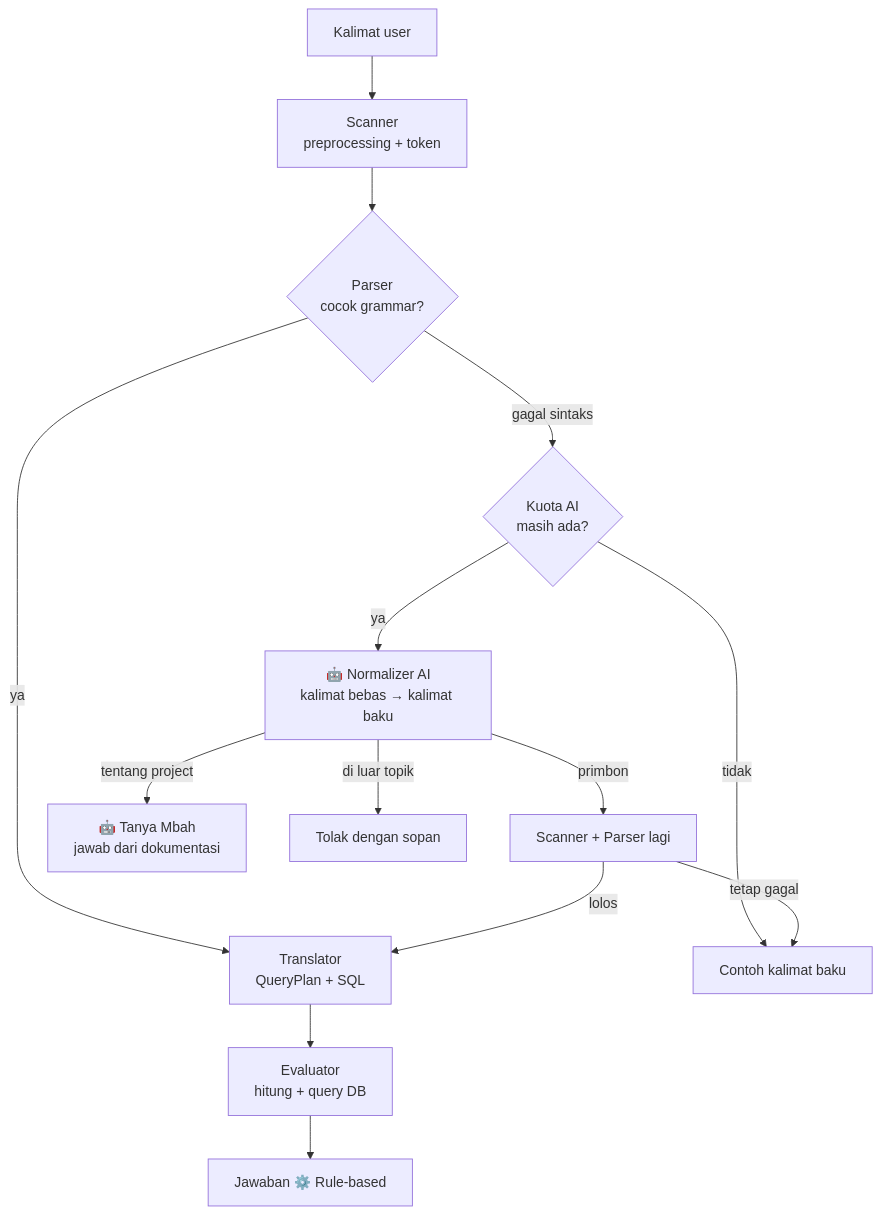
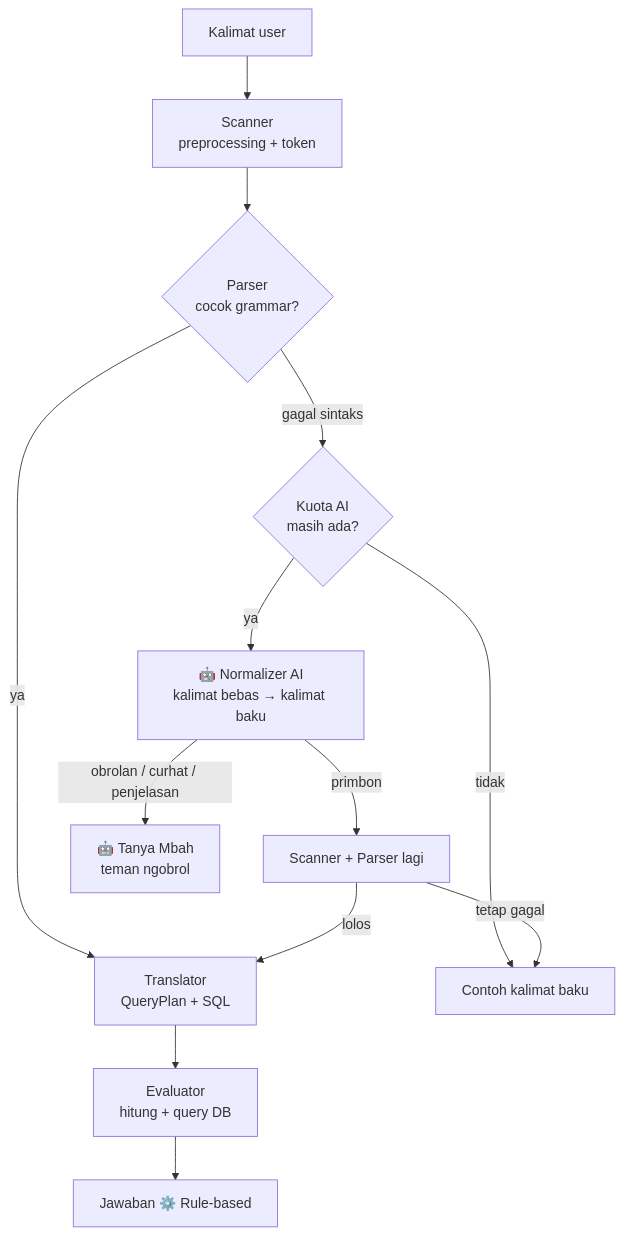
The diagram in README.md (izviopm/primbon-nlp), drawn with Mermaid before and after one commit. The commit also changed other lines of this file and 17 other files, not shown here.

````diff
--- a/README.md
+++ b/README.md
@@ -21,17 +23,16 @@
 ```mermaid
 flowchart TD
     A[Kalimat user] --> B[Scanner<br/>preprocessing + token]
     B --> C{Parser<br/>cocok grammar?}
     C -- ya --> D[Translator<br/>QueryPlan + SQL]
     D --> E[Evaluator<br/>hitung + query DB]
     E --> F[Jawaban ⚙️ Rule-based]
 
     C -- gagal sintaks --> G{Kuota AI<br/>masih ada?}
     G -- tidak --> H[Contoh kalimat baku]
     G -- ya --> I[🤖 Normalizer AI<br/>kalimat bebas → kalimat baku]
     I -- primbon --> B2[Scanner + Parser lagi]
     B2 -- lolos --> D
     B2 -- tetap gagal --> H
-    I -- tentang project --> J[🤖 Tanya Mbah<br/>jawab dari dokumentasi]
-    I -- di luar topik --> K[Tolak dengan sopan]
+    I -- obrolan / curhat / penjelasan --> J[🤖 Tanya Mbah<br/>teman ngobrol]
 ```
````
